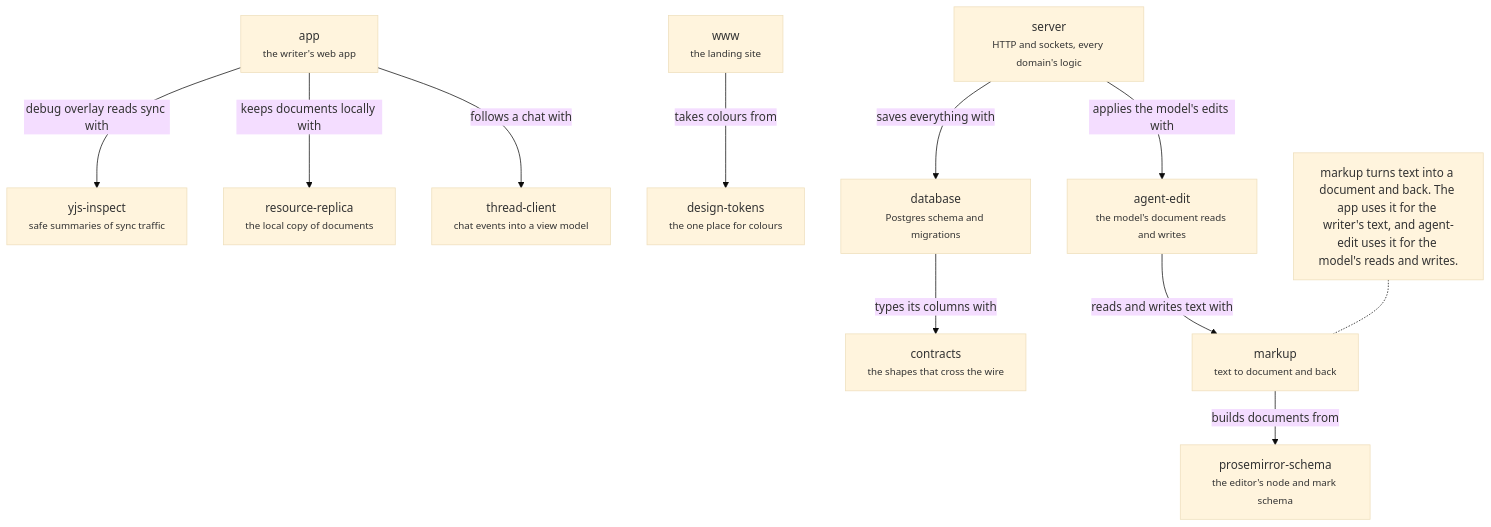
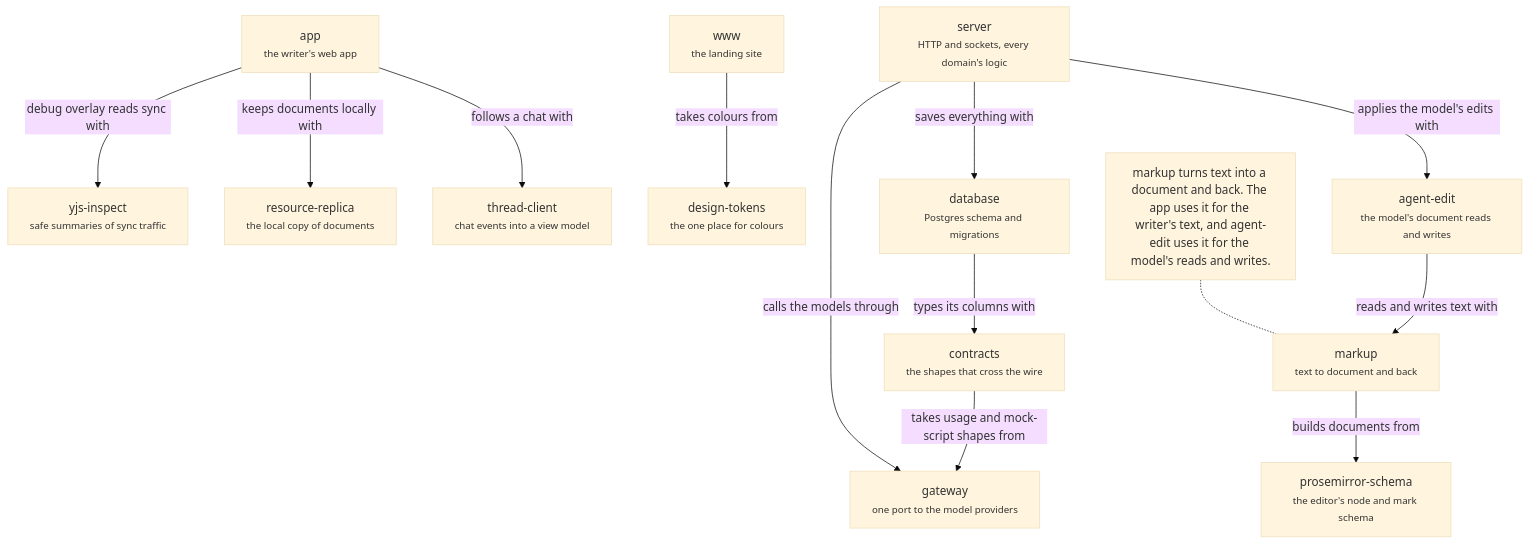
One commit to haowjy/meridian-flow changed the diagram in .context/system-architecture/code.md. Above: the diagram before and after it, drawn with Mermaid (base theme). The commit also changed other lines of this file and 152 other files, not shown here.

First line of the commit message:
Move the model gateway into packages/gateway

````diff
--- a/.context/system-architecture/code.md
+++ b/.context/system-architecture/code.md
@@ -9,26 +9,29 @@
 ```mermaid
 flowchart TB
   app["app<br/><small>the writer's web app</small>"]:::module
   server["server<br/><small>HTTP and sockets, every domain's logic</small>"]:::module
   www["www<br/><small>the landing site</small>"]:::module
   thread-client["thread-client<br/><small>chat events into a view model</small>"]:::package
   resource-replica["resource-replica<br/><small>the local copy of documents</small>"]:::package
   agent-edit["agent-edit<br/><small>the model's document reads and writes</small>"]:::package
   markup["markup<br/><small>text to document and back</small>"]:::package
   prosemirror-schema["prosemirror-schema<br/><small>the editor's node and mark schema</small>"]:::package
   database["database<br/><small>Postgres schema and migrations</small>"]:::package
   contracts["contracts<br/><small>the shapes that cross the wire</small>"]:::package
   design-tokens["design-tokens<br/><small>the one place for colours</small>"]:::package
+  gateway["gateway<br/><small>one port to the model providers</small>"]:::package
   yjs-inspect["yjs-inspect<br/><small>safe summaries of sync traffic</small>"]:::package
   app -->|"follows a chat with"| thread-client
   app -->|"keeps documents locally with"| resource-replica
   server -->|"applies the model's edits with"| agent-edit
   server -->|"saves everything with"| database
   agent-edit -->|"reads and writes text with"| markup
   markup -->|"builds documents from"| prosemirror-schema
   database -->|"types its columns with"| contracts
+  contracts -->|"takes usage and mock-script shapes from"| gateway
+  server -->|"calls the models through"| gateway
   www -->|"takes colours from"| design-tokens
   app -->|"debug overlay reads sync with"| yjs-inspect
   note1["markup turns text into a document and back. The app uses it for the writer's text, and agent-edit uses it for the model's reads and writes."]:::note
   note1 -.- markup
 ```
````
